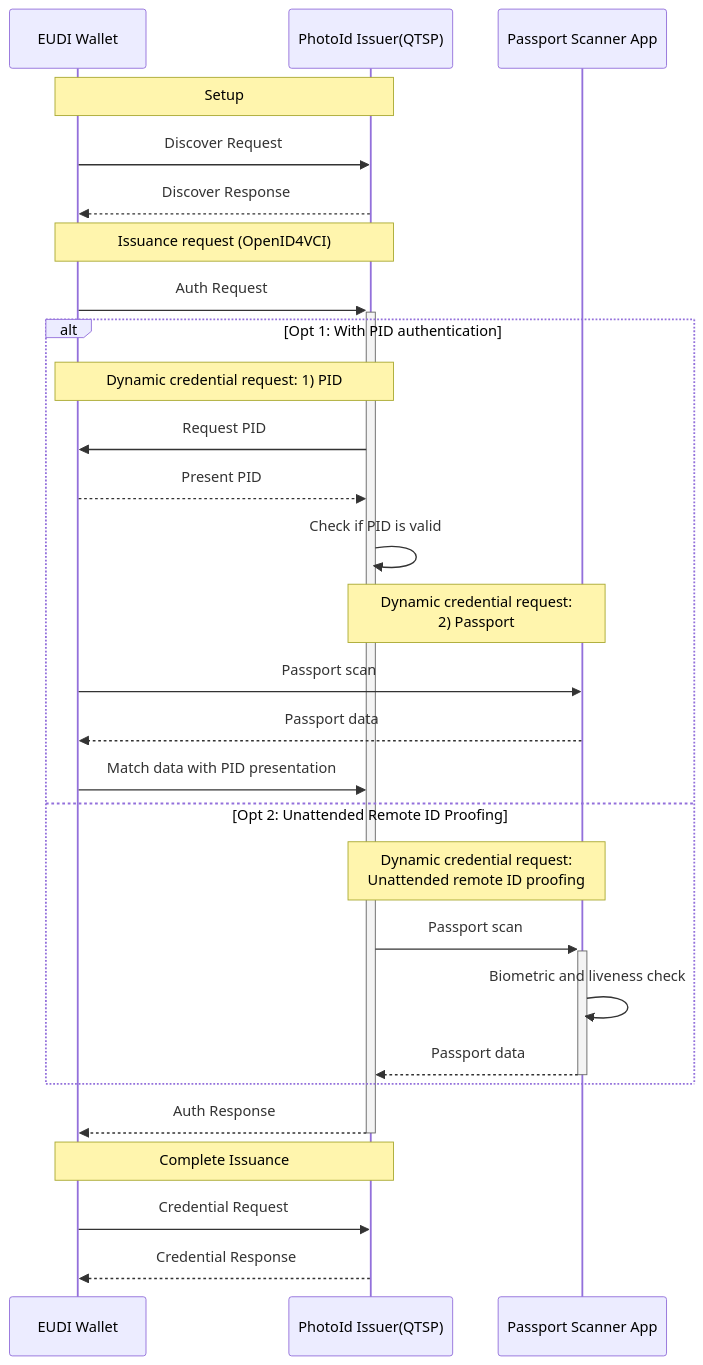
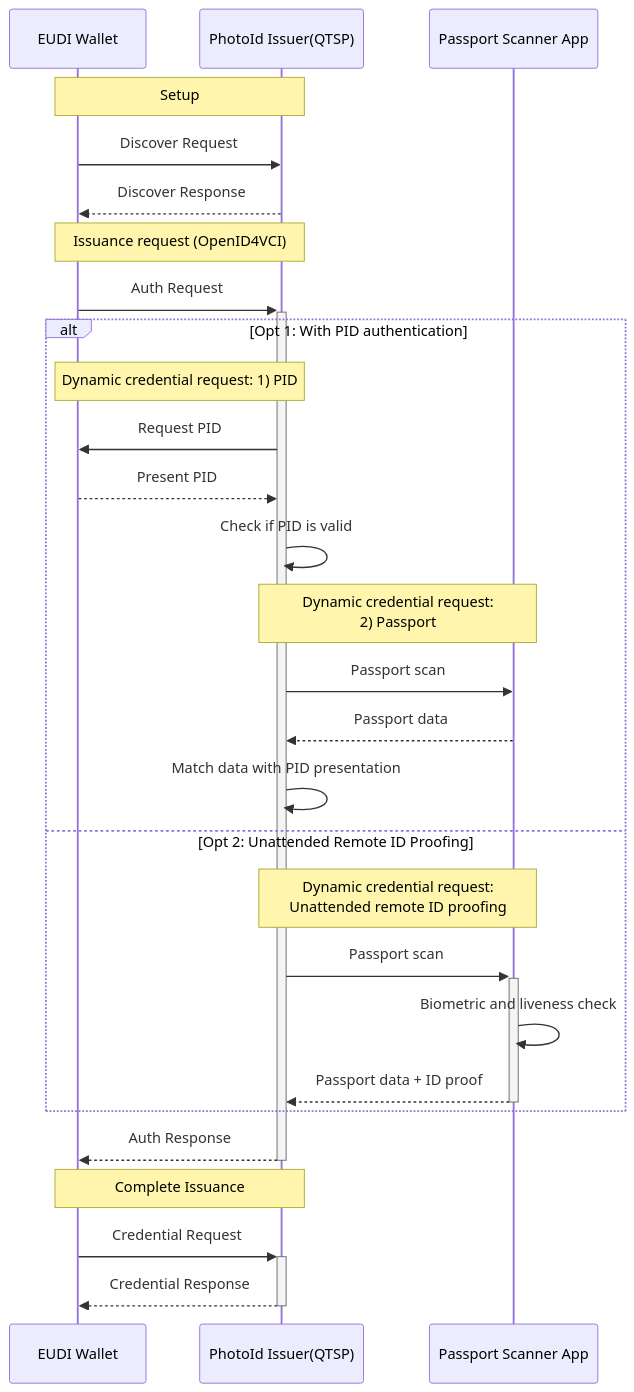
The diagram in ewc-rfc013-issue-photoid.md (EWC-consortium/eudi-wallet-rfcs), drawn with Mermaid before and after one commit.

Commit message:
Updated diagram.

````diff
--- a/ewc-rfc013-issue-photoid.md
+++ b/ewc-rfc013-issue-photoid.md
@@ -147,34 +147,34 @@
 ```mermaid
 sequenceDiagram
     participant Wallet as EUDI Wallet
     participant Issuer as PhotoId Issuer(QTSP)
     participant Scanner as Passport Scanner App
     
     Note over Wallet, Issuer: Setup
     Wallet->>Issuer: Discover Request
     Issuer-->>Wallet: Discover Response
     Note over Wallet, Issuer: Issuance request (OpenID4VCI)
     Wallet->>+Issuer: Auth Request
     
     alt Opt 1: With PID authentication
         Note over Wallet,Issuer: Dynamic credential request: 1) PID
         Issuer->>Wallet: Request PID
         Wallet-->>Issuer: Present PID
         Issuer->>Issuer: Check if PID is valid
         
         Note over Scanner,Issuer: Dynamic credential request: <br> 2) Passport
-        Wallet->>Scanner: Passport scan
-        Scanner-->>Wallet: Passport data
-        Wallet->>Issuer: Match data with PID presentation
+        Issuer->>Scanner: Passport scan
+        Scanner-->>Issuer: Passport data
+        Issuer->>Issuer: Match data with PID presentation
     else Opt 2: Unattended Remote ID Proofing
         Note over Issuer,Scanner: Dynamic credential request: <br> Unattended remote ID proofing
         Issuer->>+Scanner: Passport scan
         Scanner->>Scanner: Biometric and liveness check
-        Scanner-->>-Issuer: Passport data
+        Scanner-->>-Issuer: Passport data + ID proof
     end
     
     Issuer-->>-Wallet: Auth Response
     Note over Issuer,Wallet: Complete Issuance
-    Wallet->>Issuer: Credential Request
-    Issuer-->>Wallet: Credential Response
+    Wallet->>+Issuer: Credential Request
+    Issuer-->>-Wallet: Credential Response
 ```
````
